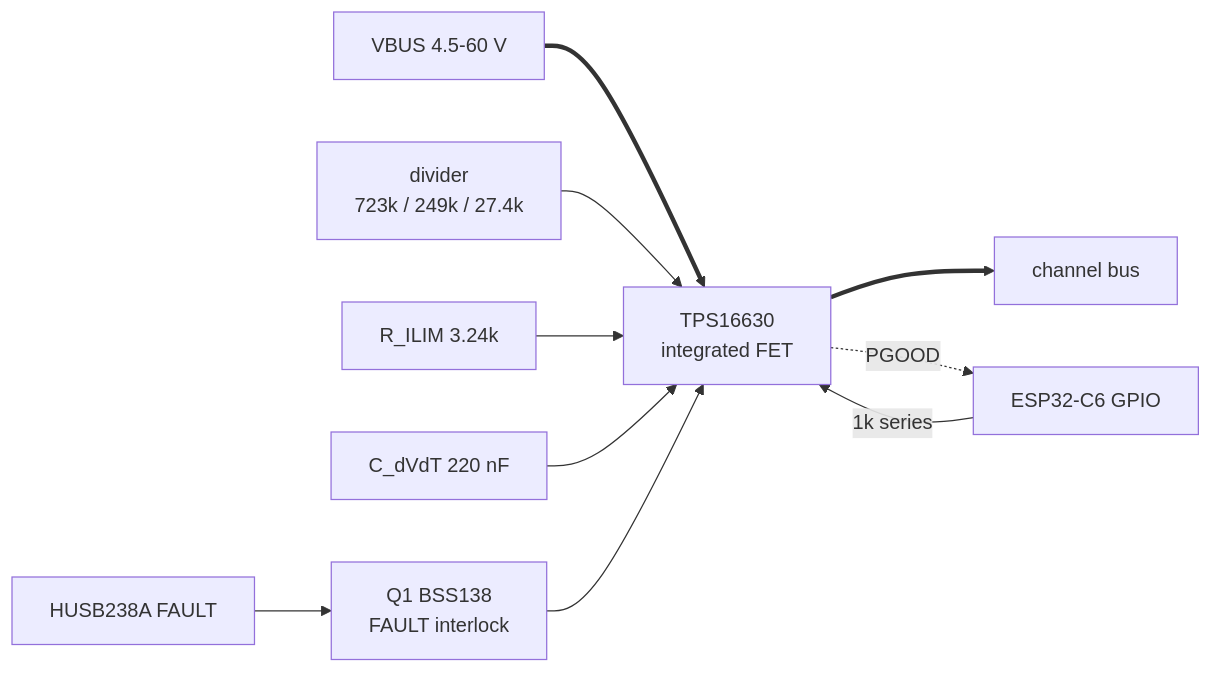
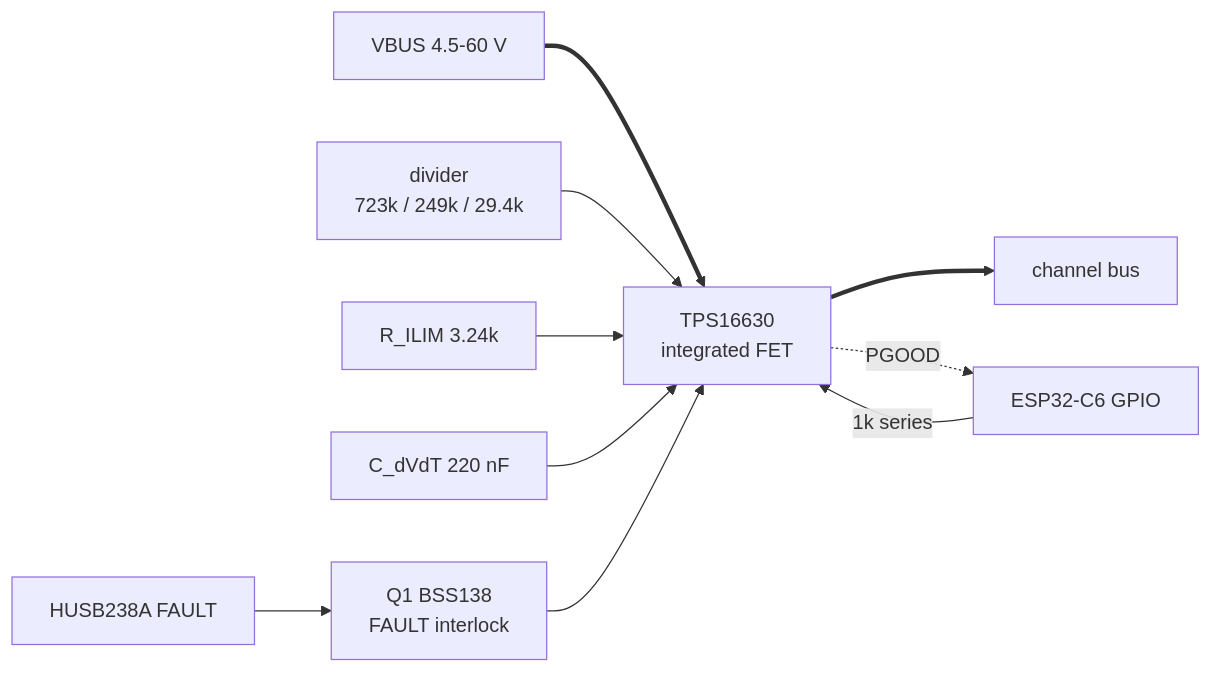
Before and after one commit to lucsoft/pcb-design: the fourth of 4 diagrams in designs/led-matrix-controller/README.md, drawn with Mermaid. The commit also changed other lines of this file and 5 other files, not shown here.

````diff
--- a/designs/led-matrix-controller/README.md
+++ b/designs/led-matrix-controller/README.md
@@ -688,12 +687,12 @@
 ```mermaid
 flowchart LR
   VBUS[VBUS 4.5-60 V] ==> U["TPS16630<br/>integrated FET"]
   U ==> OUTN[channel bus]
-  DIV["divider<br/>723k / 249k / 27.4k"] --> U
+  DIV["divider<br/>723k / 249k / 29.4k"] --> U
   RIL["R_ILIM 3.24k"] --> U
   CDV["C_dVdT 220 nF"] --> U
   MCU[ESP32-C6 GPIO] -->|"1k series"| U
   FLT[HUSB238A FAULT] --> QF["Q1 BSS138<br/>FAULT interlock"]
   QF --> U
   U -. PGOOD .-> MCU
 ```
````
